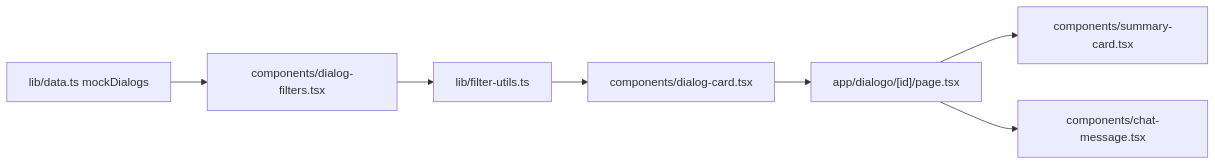
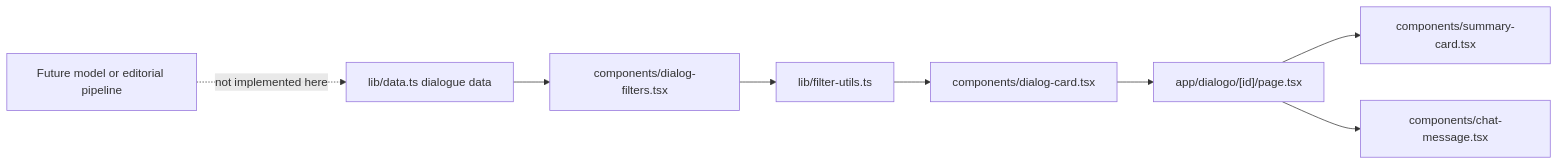
Before and after one commit to rckbrcls/dialogoi-web: the second of 2 diagrams in README.md, drawn with Mermaid. The commit also changed other lines of this file, not shown here.

Commit message:
docs: align readme with about page

````diff
--- a/README.md
+++ b/README.md
@@ -115,9 +143,10 @@
 ```mermaid
 flowchart LR
-  A["lib/data.ts mockDialogs"] --> B["components/dialog-filters.tsx"]
-  B --> C["lib/filter-utils.ts"]
-  C --> D["components/dialog-card.tsx"]
-  D --> E["app/dialogo/[id]/page.tsx"]
-  E --> F["components/summary-card.tsx"]
-  E --> G["components/chat-message.tsx"]
+  A["Future model or editorial pipeline"] -. "not implemented here" .-> B["lib/data.ts dialogue data"]
+  B --> C["components/dialog-filters.tsx"]
+  C --> D["lib/filter-utils.ts"]
+  D --> E["components/dialog-card.tsx"]
+  E --> F["app/dialogo/[id]/page.tsx"]
+  F --> G["components/summary-card.tsx"]
+  F --> H["components/chat-message.tsx"]
 ```
````
